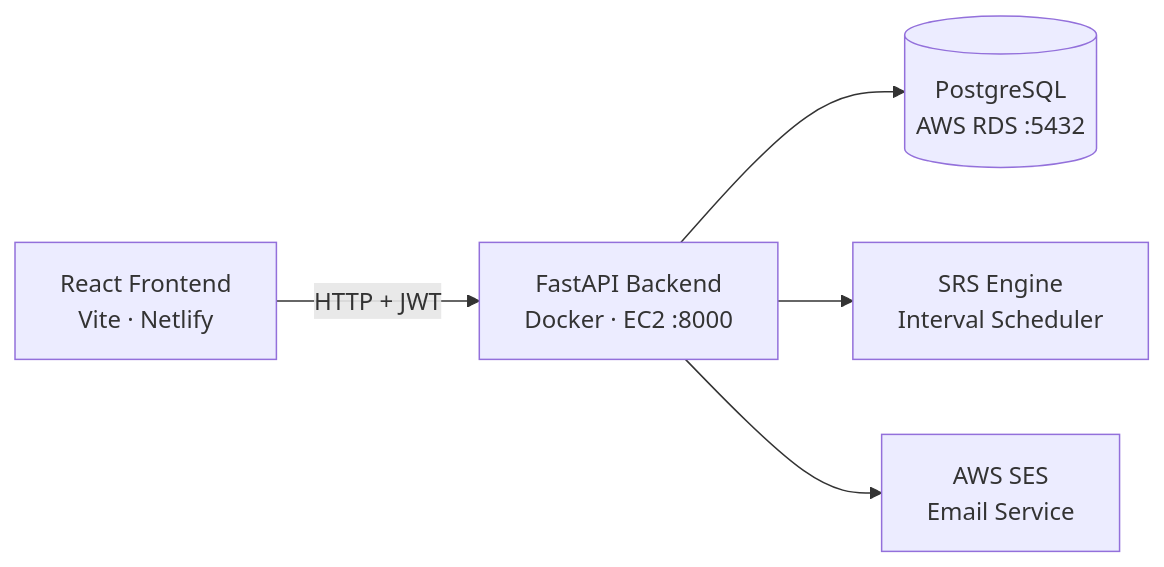
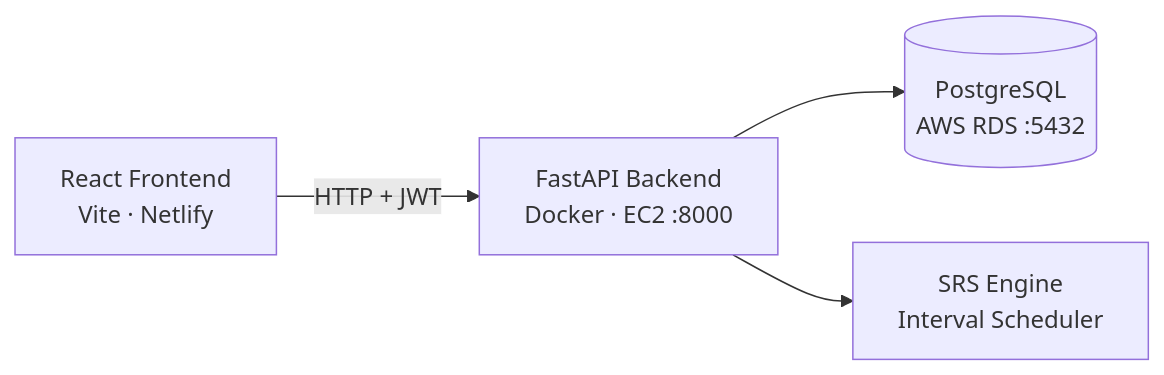
The first of 2 diagrams in README.md (SaiForge/mini-anki), drawn with Mermaid before and after one commit. The commit also changed other lines of this file and 2 other files, not shown here.

````diff
--- a/README.md
+++ b/README.md
@@ -43,7 +41,6 @@
 ```mermaid
 flowchart LR
 	A[React Frontend<br/>Vite · Netlify] -->|HTTP + JWT| B[FastAPI Backend<br/>Docker · EC2 :8000]
 	B --> C[(PostgreSQL<br/>AWS RDS :5432)]
 	B --> D[SRS Engine<br/>Interval Scheduler]
-	B --> E[AWS SES<br/>Email Service]
 ```
````
